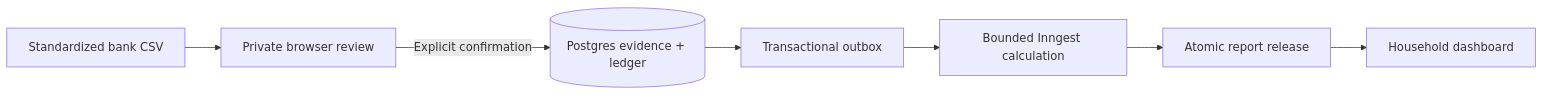
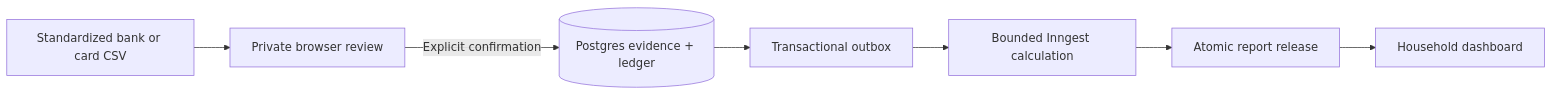
One commit to avirup/networth changed the diagram in README.md. Above: the diagram before and after it, drawn with Mermaid. The commit also changed other lines of this file and 64 other files, not shown here.

````diff
--- a/README.md
+++ b/README.md
@@ -36,9 +36,9 @@
 ```mermaid
 flowchart LR
-    A[Standardized bank CSV] --> B[Private browser review]
+    A[Standardized bank or card CSV] --> B[Private browser review]
     B -->|Explicit confirmation| C[(Postgres evidence + ledger)]
     C --> D[Transactional outbox]
     D --> E[Bounded Inngest calculation]
     E --> F[Atomic report release]
     F --> G[Household dashboard]
 ```
````
